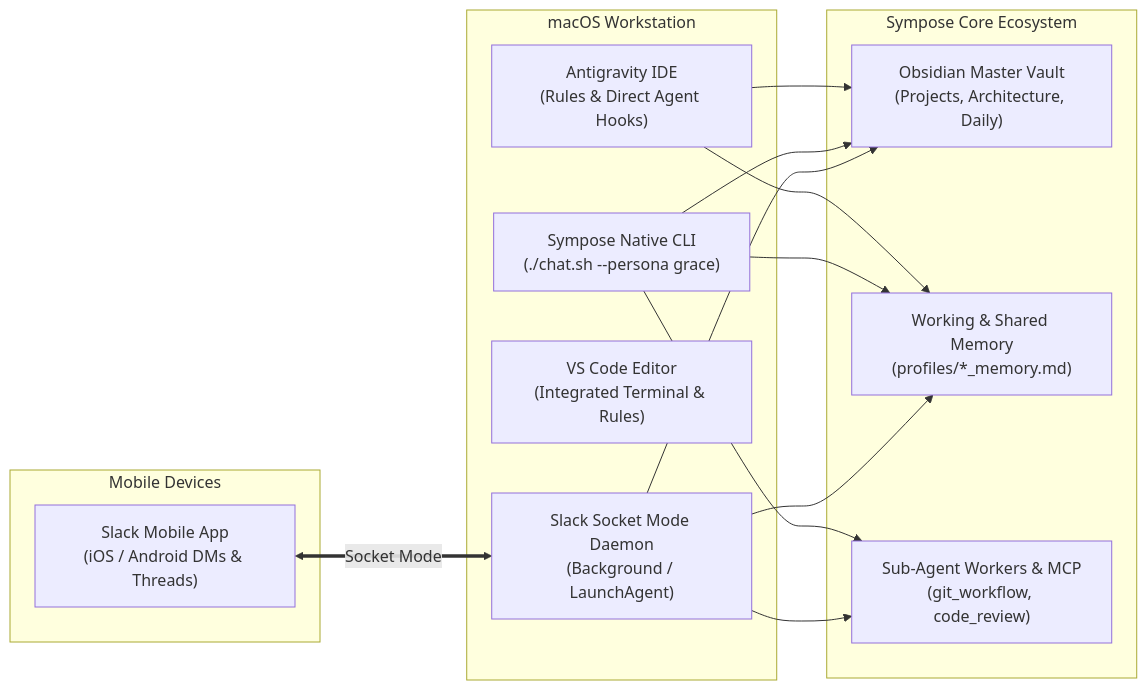
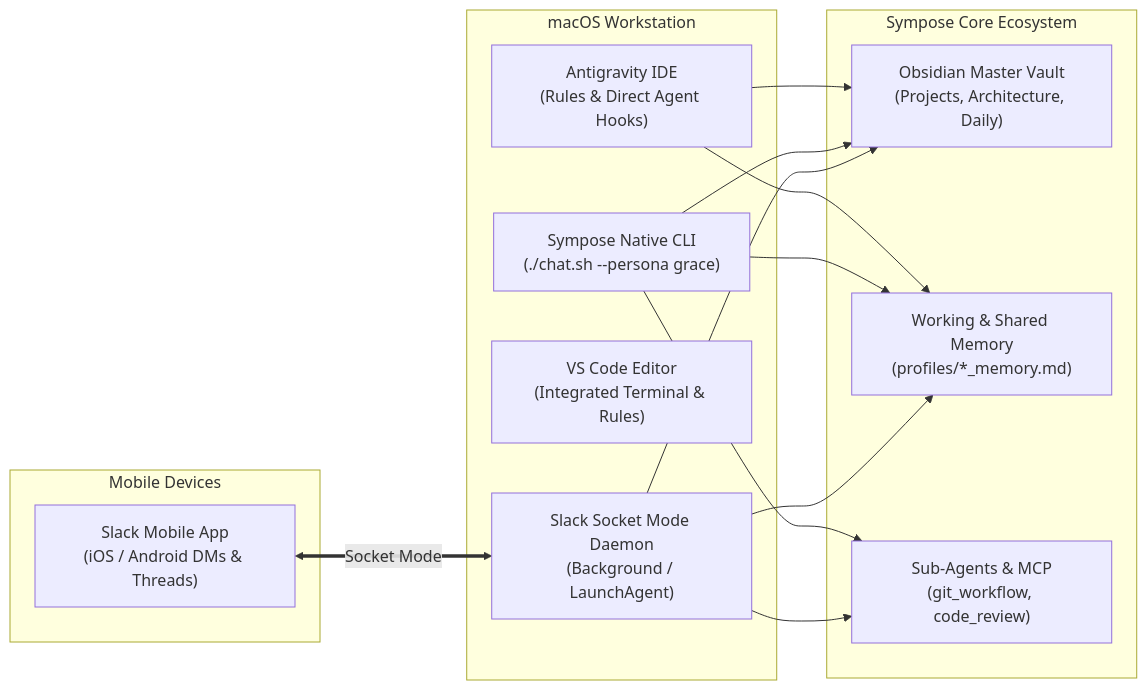
The diagram in docs/wiki/guides/developer-workflows.md (studiodamiro/sympose), drawn with Mermaid before and after one commit. The commit also changed other lines of this file and 17 other files, not shown here.

````diff
--- a/docs/wiki/guides/developer-workflows.md
+++ b/docs/wiki/guides/developer-workflows.md
@@ -25,24 +25,24 @@
 ```mermaid
 graph LR
     subgraph Local Development Machine [macOS Workstation]
         AGY["Antigravity IDE<br/>(Rules & Direct Agent Hooks)"]
         CLI["Sympose Native CLI<br/>(./chat.sh --persona grace)"]
         VS["VS Code Editor<br/>(Integrated Terminal & Rules)"]
         Daemon["Slack Socket Mode Daemon<br/>(Background / LaunchAgent)"]
     end
 
     subgraph Mobile Devices
         Mobile["Slack Mobile App<br/>(iOS / Android DMs & Threads)"]
     end
 
     subgraph Sympose Core Ecosystem
         Vault["Obsidian Master Vault<br/>(Projects, Architecture, Daily)"]
         Memory["Working & Shared Memory<br/>(profiles/*_memory.md)"]
-        Workers["Sub-Agent Workers & MCP<br/>(git_workflow, code_review)"]
+        SubAgents["Sub-Agents & MCP<br/>(git_workflow, code_review)"]
     end
 
     AGY --> Vault & Memory
-    CLI --> Vault & Memory & Workers
-    Daemon --> Vault & Memory & Workers
+    CLI --> Vault & Memory & SubAgents
+    Daemon --> Vault & Memory & SubAgents
     Mobile <== Socket Mode ==> Daemon
 ```
````
